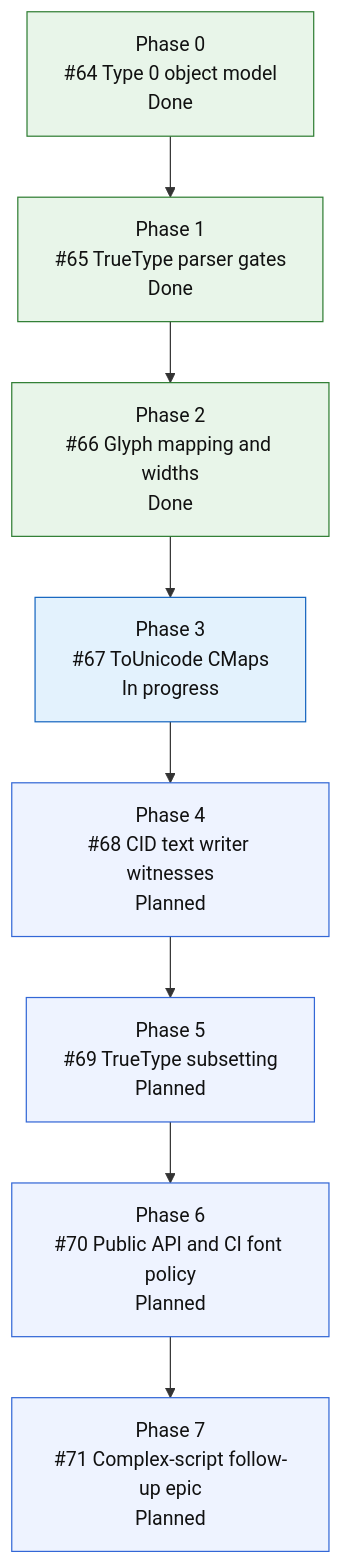
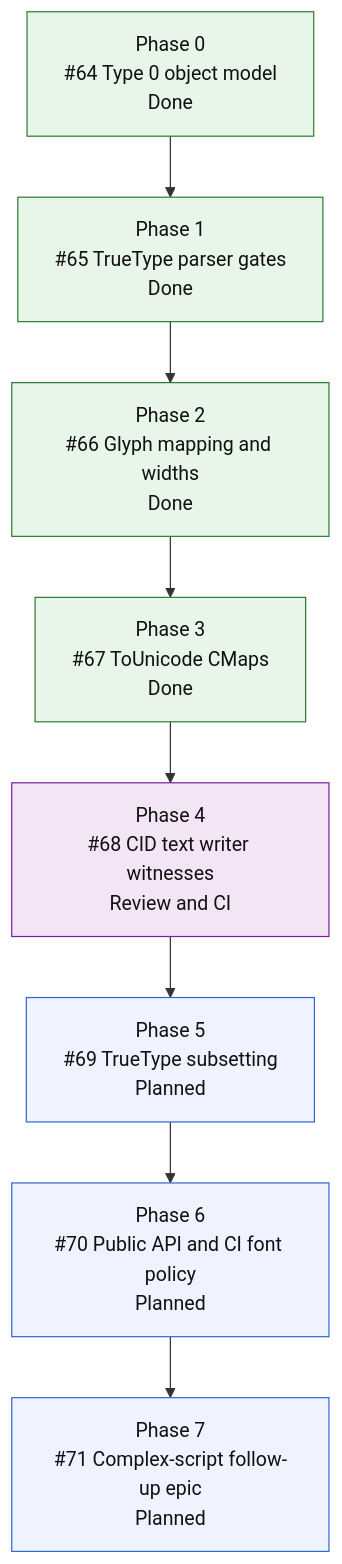
The third of 3 diagrams in README.md (mihaelamj/MarkdownPDF), drawn with Mermaid before and after one commit. The commit also changed 12 other files, not shown here.

First line of the commit message:
feat(pdf): add CID text writer witnesses (#76)

````diff
--- a/README.md
+++ b/README.md
@@ -243,22 +243,22 @@
 ```mermaid
 flowchart TD
     E0["Phase 0<br/>#64 Type 0 object model<br/>Done"]
     E1["Phase 1<br/>#65 TrueType parser gates<br/>Done"]
     E2["Phase 2<br/>#66 Glyph mapping and widths<br/>Done"]
-    E3["Phase 3<br/>#67 ToUnicode CMaps<br/>In progress"]
-    E4["Phase 4<br/>#68 CID text writer witnesses<br/>Planned"]
+    E3["Phase 3<br/>#67 ToUnicode CMaps<br/>Done"]
+    E4["Phase 4<br/>#68 CID text writer witnesses<br/>Review and CI"]
     E5["Phase 5<br/>#69 TrueType subsetting<br/>Planned"]
     E6["Phase 6<br/>#70 Public API and CI font policy<br/>Planned"]
     E7["Phase 7<br/>#71 Complex-script follow-up epic<br/>Planned"]
 
     E0 --> E1 --> E2 --> E3 --> E4 --> E5 --> E6 --> E7
 
     classDef done fill:#e8f5e9,stroke:#2e7d32,color:#111;
     classDef active fill:#e3f2fd,stroke:#1565c0,color:#111;
     classDef review fill:#f3e5f5,stroke:#7b1fa2,color:#111;
     classDef next fill:#fff8e1,stroke:#f9a825,color:#111;
     classDef todo fill:#eef3ff,stroke:#3367d6,color:#111;
-    class E0,E1,E2 done;
-    class E3 active;
-    class E4,E5,E6,E7 todo;
+    class E0,E1,E2,E3 done;
+    class E4 review;
+    class E5,E6,E7 todo;
 ```
````
